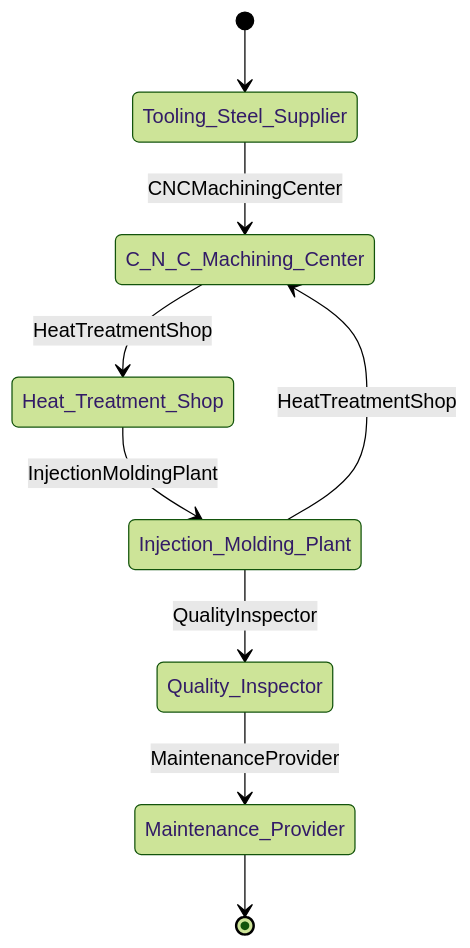
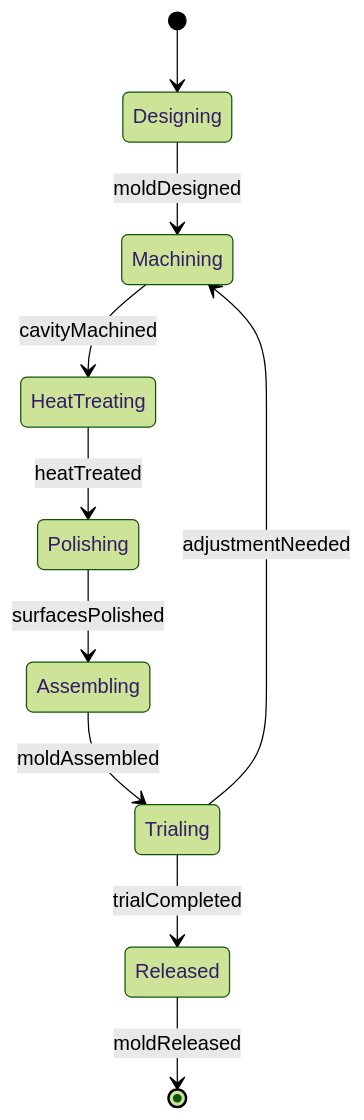
The second of 4 diagrams in HandlingAndMovingObjects/AssembleProductsOrWorkAids/BuildProductionMolds.mdx (dot-org-ai/tasks.org.ai), drawn with Mermaid (forest theme) before and after one commit. The commit also changed other lines of this file and 515 other files, not shown here.

````diff
--- a/HandlingAndMovingObjects/AssembleProductsOrWorkAids/BuildProductionMolds.mdx
+++ b/HandlingAndMovingObjects/AssembleProductsOrWorkAids/BuildProductionMolds.mdx
@@ -101,11 +99,12 @@
 ```mermaid
 stateDiagram-v2
-    [*] --> Tooling_Steel_Supplier
-    Tooling_Steel_Supplier --> C_N_C_Machining_Center: CNCMachiningCenter
-    C_N_C_Machining_Center --> Heat_Treatment_Shop: HeatTreatmentShop
-    Heat_Treatment_Shop --> Injection_Molding_Plant: InjectionMoldingPlant
-    Injection_Molding_Plant --> Quality_Inspector: QualityInspector
-    Quality_Inspector --> Maintenance_Provider: MaintenanceProvider
-    Injection_Molding_Plant --> C_N_C_Machining_Center: HeatTreatmentShop
-    Maintenance_Provider --> [*]
+    [*] --> Designing
+    Designing --> Machining : moldDesigned
+    Machining --> HeatTreating : cavityMachined
+    HeatTreating --> Polishing : heatTreated
+    Polishing --> Assembling : surfacesPolished
+    Assembling --> Trialing : moldAssembled
+    Trialing --> Released : trialCompleted
+    Trialing --> Machining : adjustmentNeeded
+    Released --> [*] : moldReleased
 ```
````
